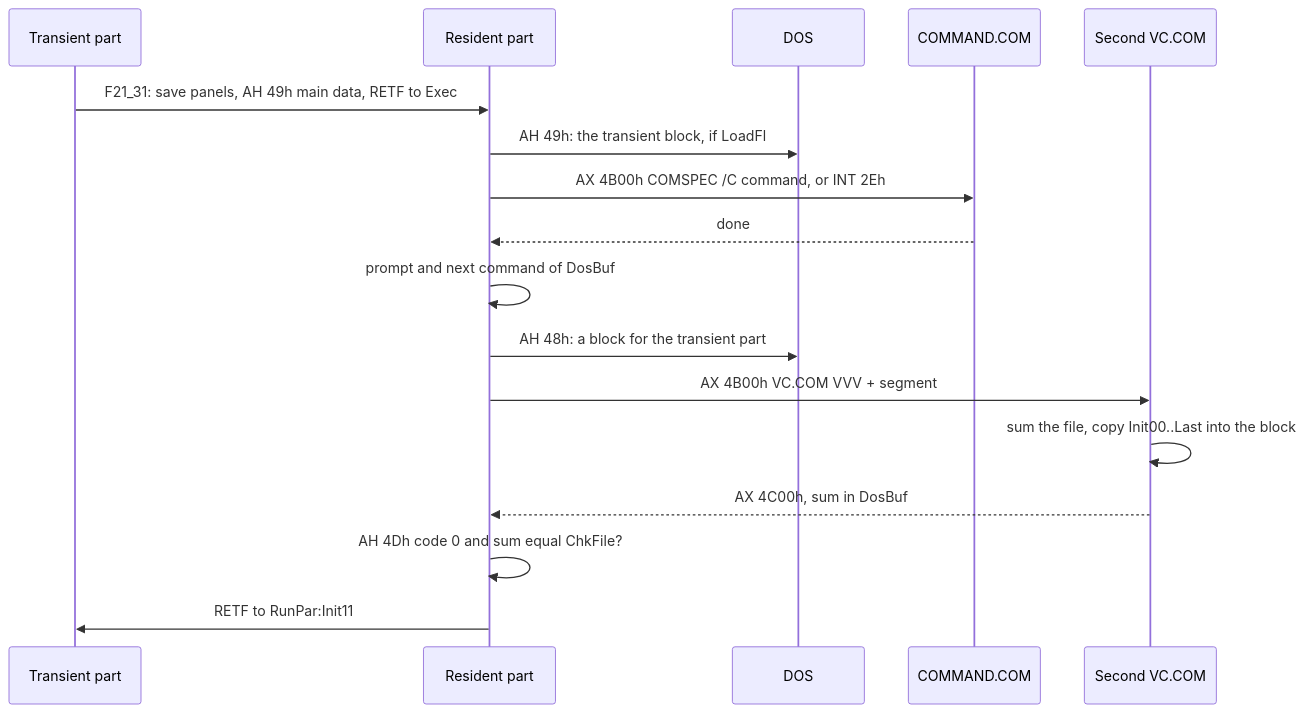
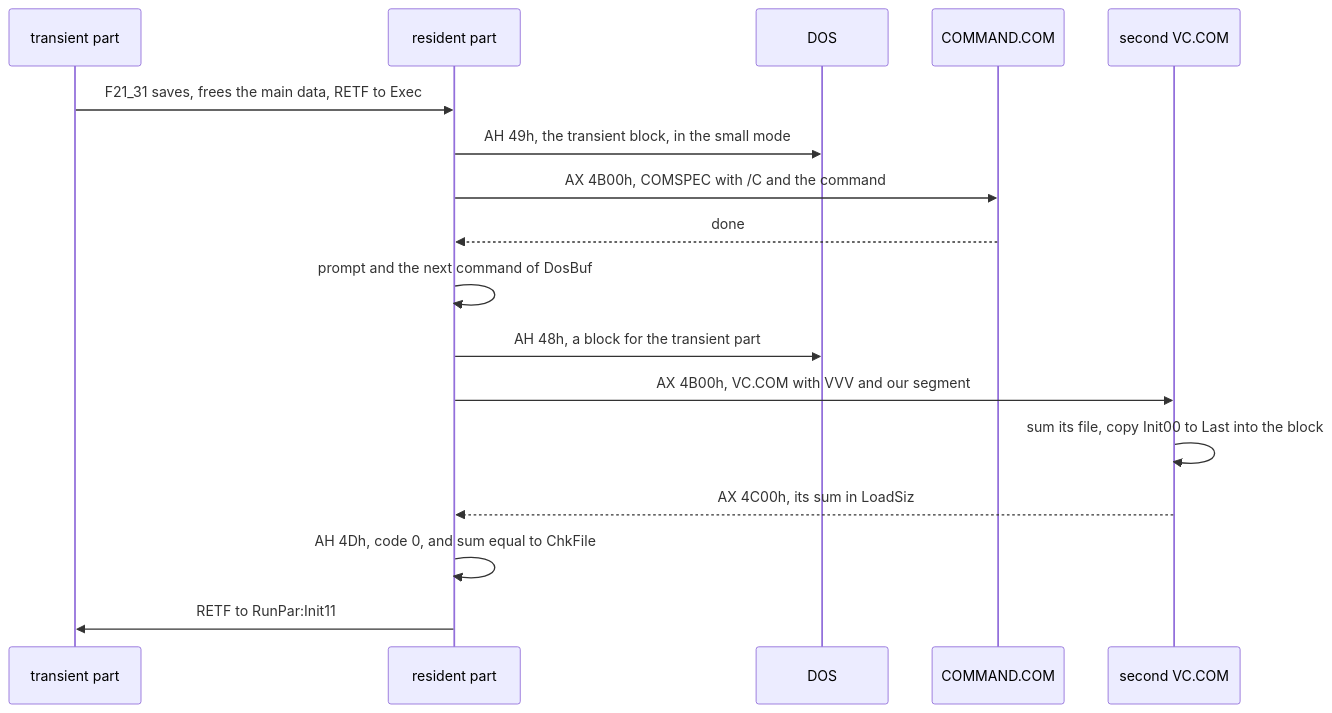
Before and after one commit to mmotorny/vibe_commander: the third of 3 diagrams in docs/design/03-the-system.md, drawn with Mermaid. The commit also changed other lines of this file and 1 other file, not shown here.

````diff
--- a/docs/design/03-the-system.md
+++ b/docs/design/03-the-system.md
@@ -711,19 +1420,19 @@
 ```mermaid
 sequenceDiagram
-    participant T as Transient part
-    participant R as Resident part
+    participant T as transient part
+    participant R as resident part
     participant D as DOS
     participant S as COMMAND.COM
-    participant C as Second VC.COM
-    T->>R: F21_31: save panels, AH 49h main data, RETF to Exec
-    R->>D: AH 49h: the transient block, if LoadFl
-    R->>S: AX 4B00h COMSPEC /C command, or INT 2Eh
+    participant V as second VC.COM
+    T->>R: F21_31 saves, frees the main data, RETF to Exec
+    R->>D: AH 49h, the transient block, in the small mode
+    R->>S: AX 4B00h, COMSPEC with /C and the command
     S-->>R: done
-    R->>R: prompt and next command of DosBuf
-    R->>D: AH 48h: a block for the transient part
-    R->>C: AX 4B00h VC.COM VVV + segment
-    C->>C: sum the file, copy Init00..Last into the block
-    C-->>R: AX 4C00h, sum in DosBuf
-    R->>R: AH 4Dh code 0 and sum equal ChkFile?
+    R->>R: prompt and the next command of DosBuf
+    R->>D: AH 48h, a block for the transient part
+    R->>V: AX 4B00h, VC.COM with VVV and our segment
+    V->>V: sum its file, copy Init00 to Last into the block
+    V-->>R: AX 4C00h, its sum in LoadSiz
+    R->>R: AH 4Dh, code 0, and sum equal to ChkFile
     R->>T: RETF to RunPar:Init11
 ```
````
